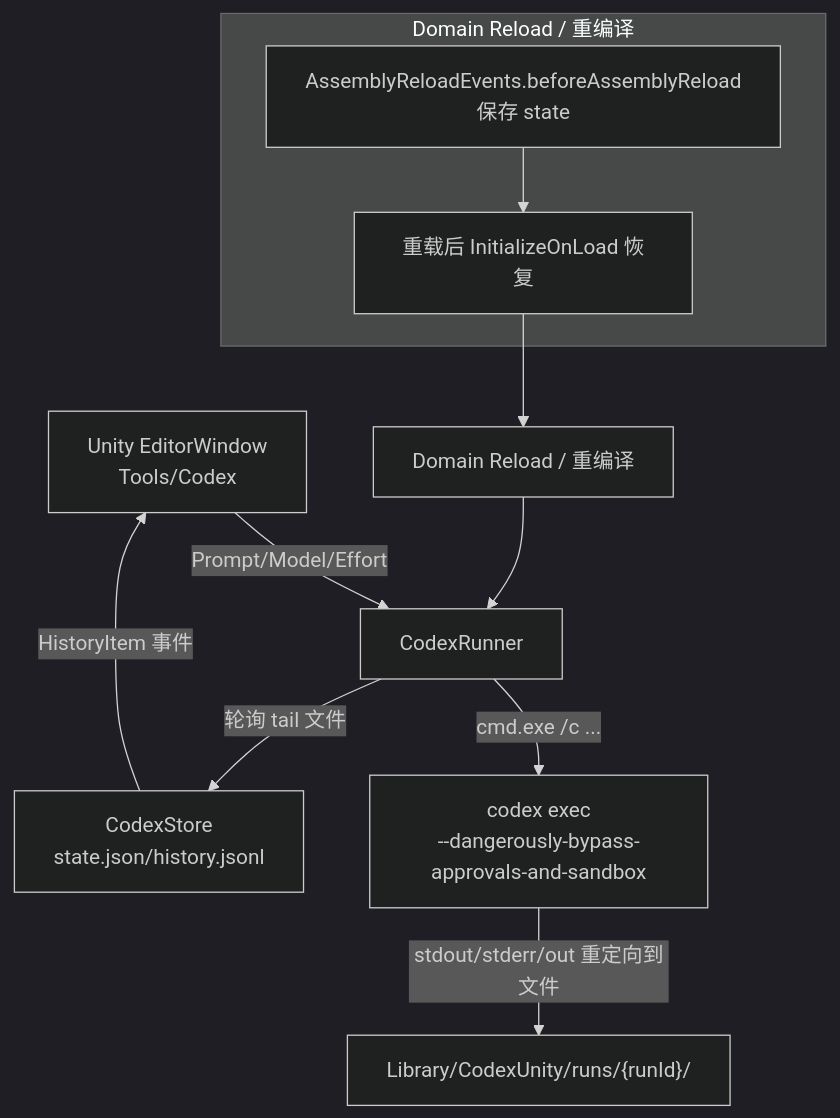
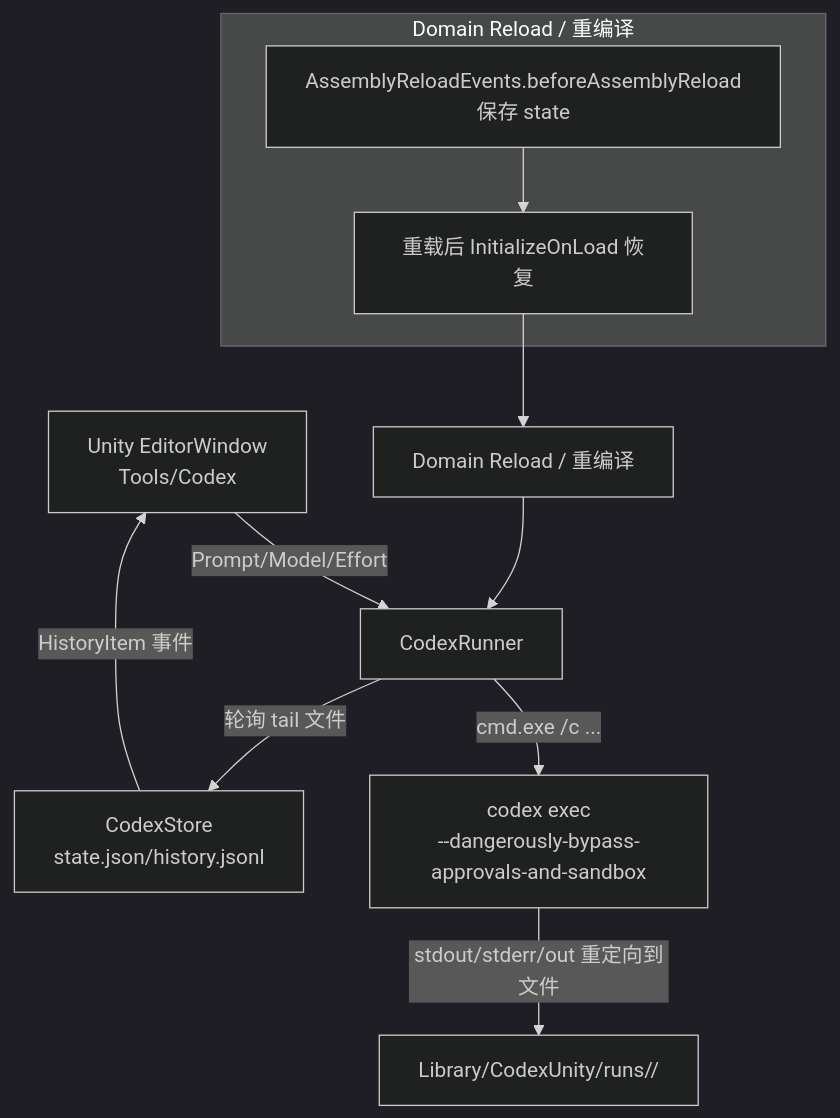
Before and after one commit to tja688/Unity6Test: the diagram in README.md, drawn with Mermaid (dark theme).

Commit message:
更新说明

````diff
--- a/README.md
+++ b/README.md
@@ -22,18 +22,14 @@
 ```mermaid
 flowchart TD
   U["Unity EditorWindow<br/>Tools/Codex"] -->|Prompt/Model/Effort| R["CodexRunner"]
   R -->|"cmd.exe /c ..."| P["codex exec<br/>--dangerously-bypass-approvals-and-sandbox"]
-  P -->|"stdout/stderr/out 重定向到文件"| F["Library/CodexUnity/runs/{runId}/"]
+  P -->|"stdout/stderr/out 重定向到文件"| F["Library/CodexUnity/runs/<runId>/"]
   R -->|"轮询 tail 文件"| S["CodexStore<br/>state.json/history.jsonl"]
   S -->|"HistoryItem 事件"| U
 
-  %% 用显式节点代表“域重载/重编译”流程，避免 subgraph 直接连线报错
   DRN["Domain Reload / 重编译"] --> R
-
   subgraph DR["Domain Reload / 重编译"]
     X["AssemblyReloadEvents.beforeAssemblyReload<br/>保存 state"] --> Y["重载后 InitializeOnLoad 恢复"]
   end
-
-  %% 让 subgraph 内部流程连到这个显式节点
   Y --> DRN
 ```
````
